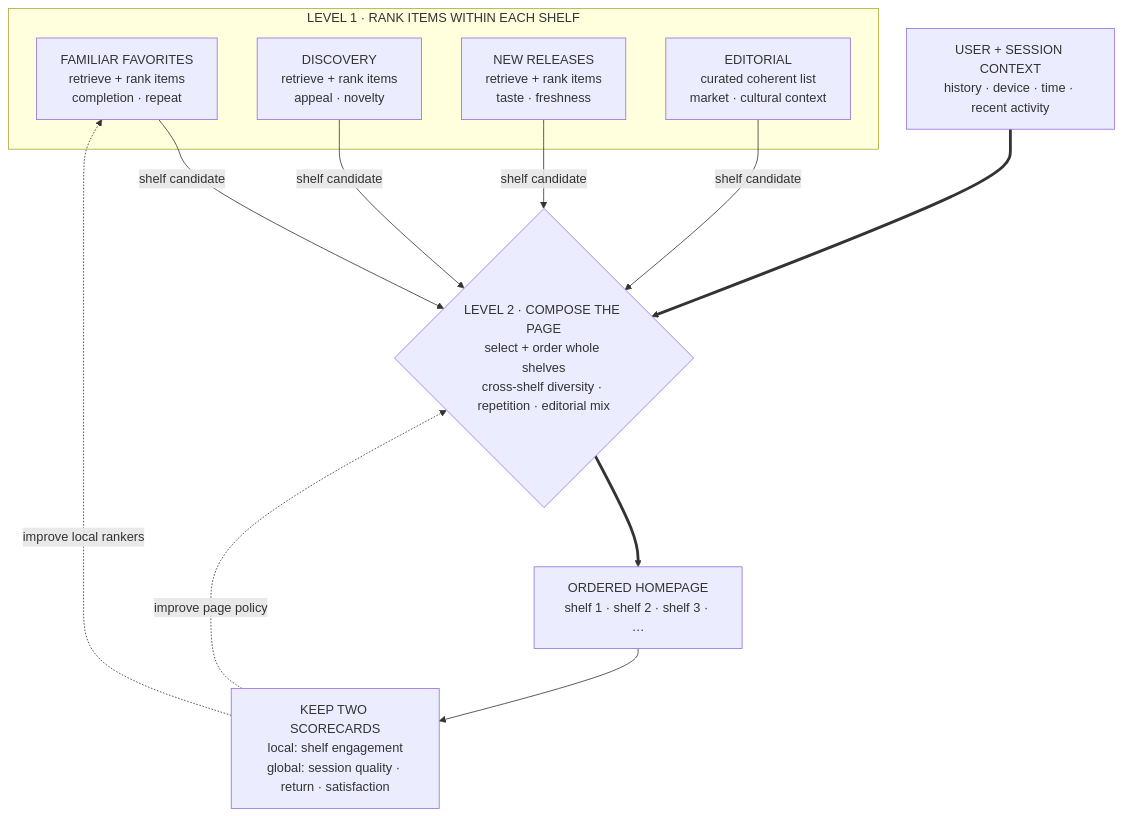
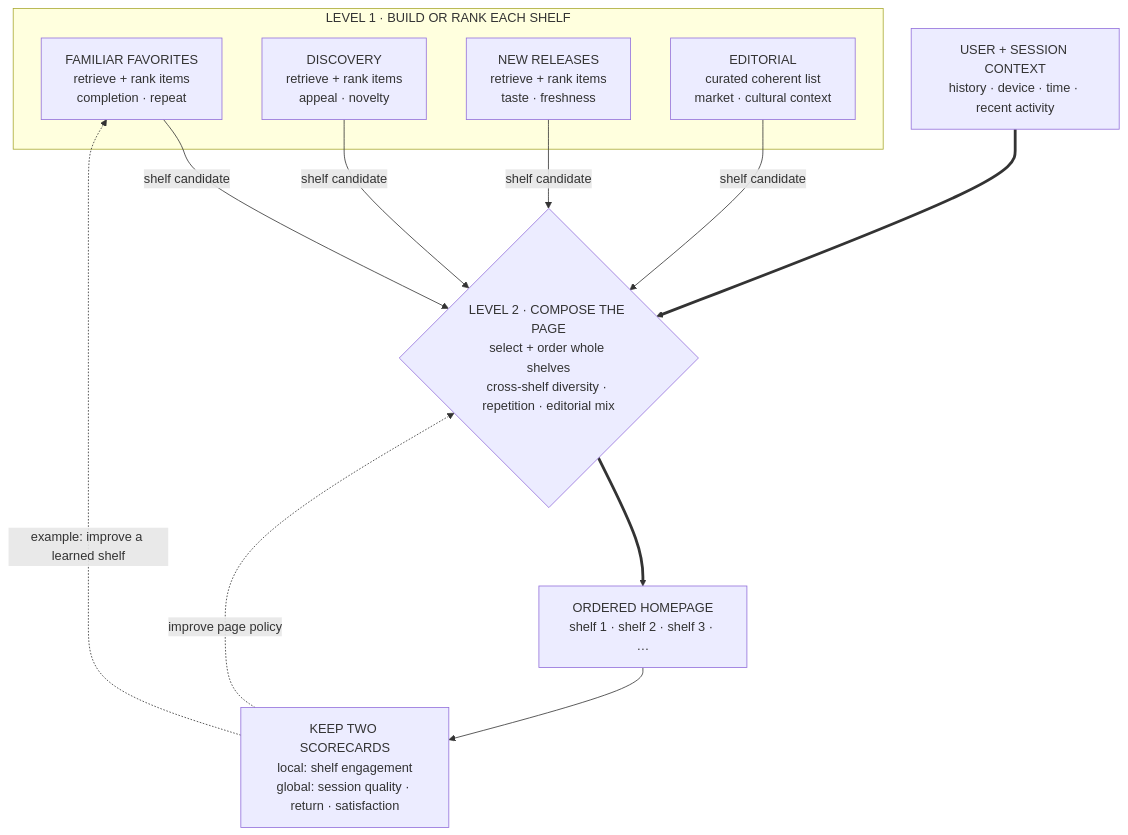
Before and after one commit to mlmentorship/mlmentorship.github.io: the diagram in src/content/posts/2025-12-12-design-spotify-homepage.md, drawn with Mermaid. The commit also changed other lines of this file and 17 other files, not shown here.

````diff
--- a/src/content/posts/2025-12-12-design-spotify-homepage.md
+++ b/src/content/posts/2025-12-12-design-spotify-homepage.md
@@ -28,33 +28,33 @@
 ```mermaid
 flowchart TB
   accTitle: Two ranking levels compose a multi-shelf recommendation homepage
-  accDescr: At the first level, separate pipelines retrieve and rank items for familiar favorites, discovery, new releases, and editorial content. Each pipeline produces a coherent shelf candidate with its own intent and local objective. At the second level, a page composer receives those completed shelf candidates plus user and session context. It selects which shelves appear and orders them while enforcing cross-shelf diversity, editorial commitments, and repetition constraints. The output is an ordered homepage of intact shelves. Evaluation keeps local shelf outcomes separate from page and long-term outcomes, so a locally strong shelf does not automatically dominate the page.
+  accDescr: At the first level, separate pipelines build or rank coherent shelves for familiar favorites, discovery, new releases, and editorial content. Each produces a completed shelf candidate with its own intent and local objective. At the second level, a page composer receives those completed shelf candidates plus user and session context. It selects which shelves appear and orders them while enforcing cross-shelf diversity, editorial commitments, and repetition constraints. The output is an ordered homepage of intact shelves. Evaluation keeps local shelf outcomes separate from page and long-term outcomes, so a locally strong shelf does not automatically dominate the page.
 
-  subgraph LOCAL["LEVEL 1 · RANK ITEMS WITHIN EACH SHELF"]
+  subgraph LOCAL["LEVEL 1 · BUILD OR RANK EACH SHELF"]
     Familiar["FAMILIAR FAVORITES<br/>retrieve + rank items<br/>completion · repeat"]
     Discovery["DISCOVERY<br/>retrieve + rank items<br/>appeal · novelty"]
     Fresh["NEW RELEASES<br/>retrieve + rank items<br/>taste · freshness"]
     Editorial["EDITORIAL<br/>curated coherent list<br/>market · cultural context"]
   end
 
   Context["USER + SESSION CONTEXT<br/>history · device · time · recent activity"]
   Composer{"LEVEL 2 · COMPOSE THE PAGE<br/>select + order whole shelves<br/>cross-shelf diversity · repetition · editorial mix"}
   Homepage["ORDERED HOMEPAGE<br/>shelf 1 · shelf 2 · shelf 3 · …"]
   Evidence["KEEP TWO SCORECARDS<br/>local: shelf engagement<br/>global: session quality · return · satisfaction"]
 
   Familiar -->|"shelf candidate"| Composer
   Discovery -->|"shelf candidate"| Composer
   Fresh -->|"shelf candidate"| Composer
   Editorial -->|"shelf candidate"| Composer
   Context ==> Composer
   Composer ==> Homepage
   Homepage --> Evidence
-  Evidence -.->|"improve local rankers"| Familiar
+  Evidence -.->|"example: improve a learned shelf"| Familiar
   Evidence -.->|"improve page policy"| Composer
 
   class Familiar,Discovery,Fresh,Editorial viz-input
   class Context viz-state
   class Composer viz-focus
   class Homepage,Evidence viz-output
   class Familiar viz-wide
 ```
````
